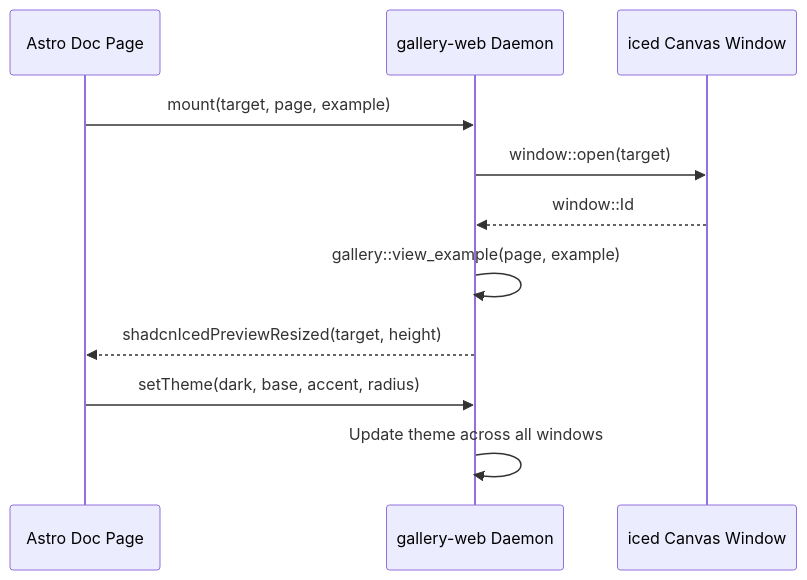
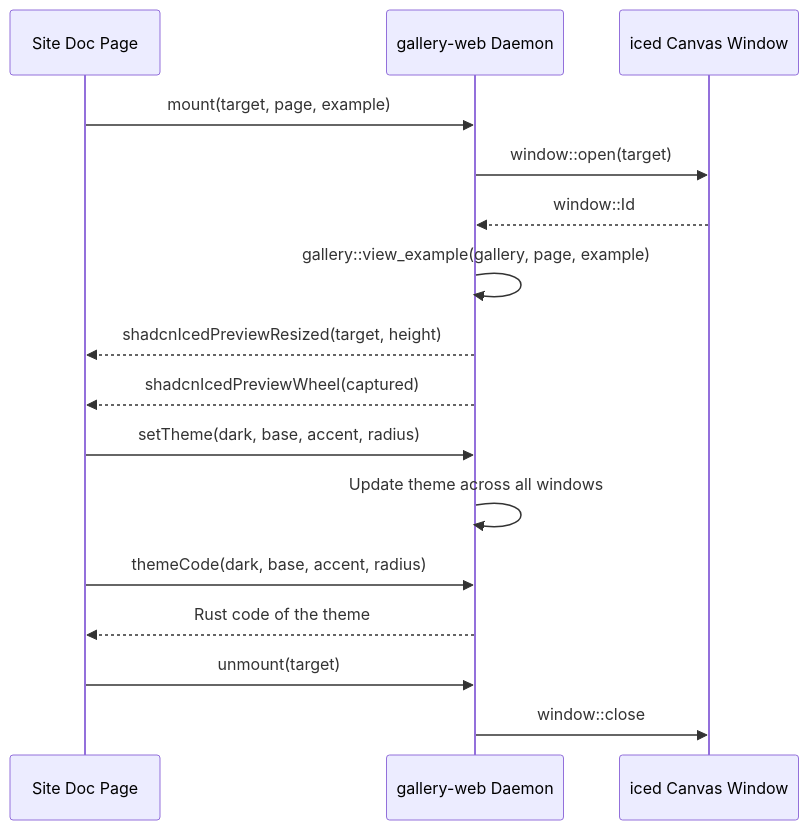
One commit to r4ai/shadcn-iced changed the fifth of 5 diagrams in docs/architecture.md. Above: the diagram before and after it, drawn with Mermaid. The commit also changed other lines of this file and 2 other files, not shown here.

````diff
--- a/docs/architecture.md
+++ b/docs/architecture.md
@@ -222,14 +228,19 @@
 ```mermaid
 sequenceDiagram
-    participant Page as Astro Doc Page
+    participant Page as Site Doc Page
     participant WASM as gallery-web Daemon
     participant Canvas as iced Canvas Window
 
     Page->>WASM: mount(target, page, example)
     WASM->>Canvas: window::open(target)
     Canvas-->>WASM: window::Id
-    WASM->>WASM: gallery::view_example(page, example)
+    WASM->>WASM: gallery::view_example(gallery, page, example)
     WASM-->>Page: shadcnIcedPreviewResized(target, height)
+    WASM-->>Page: shadcnIcedPreviewWheel(captured)
     Page->>WASM: setTheme(dark, base, accent, radius)
     WASM->>WASM: Update theme across all windows
+    Page->>WASM: themeCode(dark, base, accent, radius)
+    WASM-->>Page: Rust code of the theme
+    Page->>WASM: unmount(target)
+    WASM->>Canvas: window::close
 ```
````
